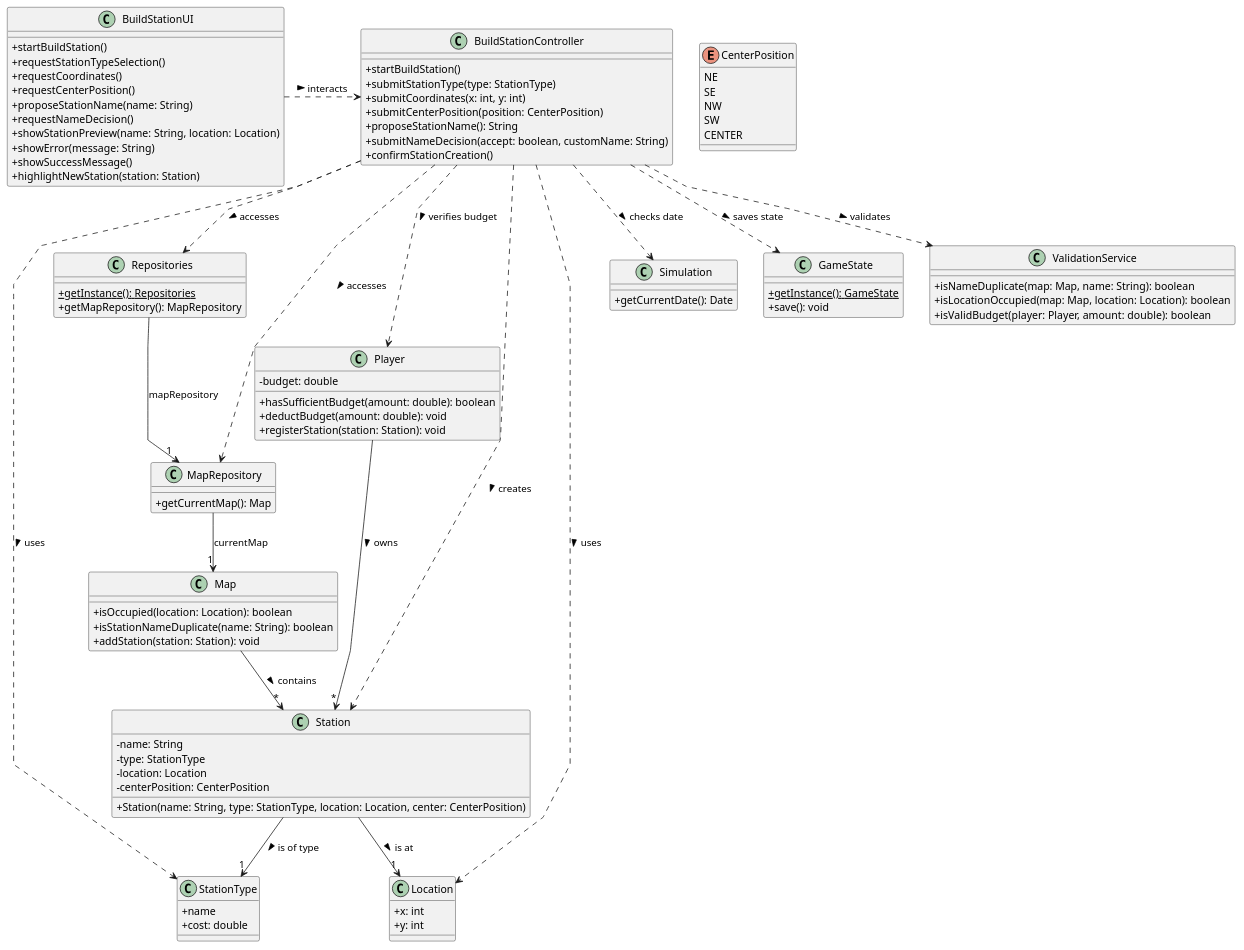
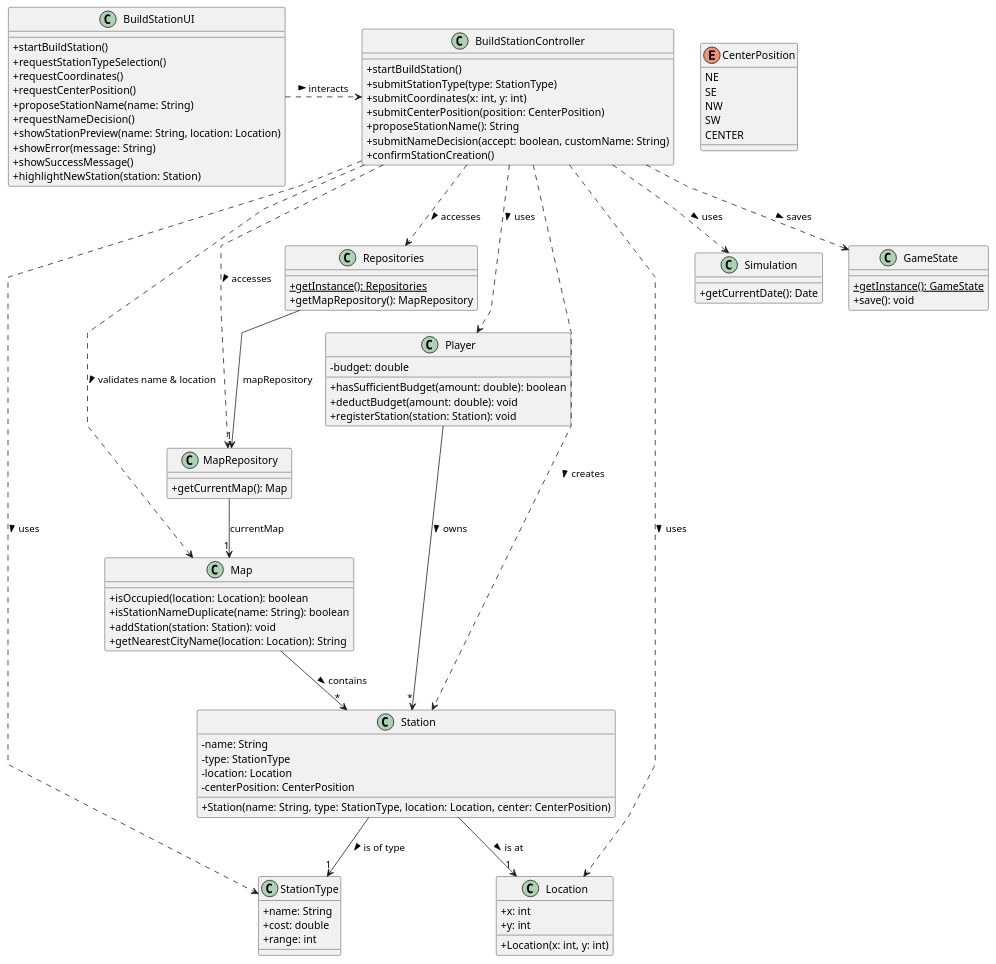
The diagram in docs/system-documentation/US005/03.design/puml/US005-CD.puml (1240826/empire-on-tracks), drawn with PlantUML before and after one commit. The commit also changed 17 other files, not shown here.

```diff
--- a/docs/system-documentation/US005/03.design/puml/US005-CD.puml
+++ b/docs/system-documentation/US005/03.design/puml/US005-CD.puml
@@ -1,113 +1,108 @@
 @startuml
 skinparam packageStyle rectangle
 skinparam shadowing false
 skinparam linetype polyline
 skinparam classAttributeIconSize 0
 
 class "BuildStationController" {
     + startBuildStation()
     + submitStationType(type: StationType)
     + submitCoordinates(x: int, y: int)
     + submitCenterPosition(position: CenterPosition)
     + proposeStationName(): String
     + submitNameDecision(accept: boolean, customName: String)
     + confirmStationCreation()
 }
 
 class "Player" {
     - budget: double
     + hasSufficientBudget(amount: double): boolean
     + deductBudget(amount: double): void
     + registerStation(station: Station): void
 }
 
 class "Station" {
     - name: String
     - type: StationType
     - location: Location
     - centerPosition: CenterPosition
     + Station(name: String, type: StationType, location: Location, center: CenterPosition)
 }
 
 class "StationType" {
-    + name
+    + name: String
     + cost: double
+    + range: int
 }
 
 enum CenterPosition {
     NE
     SE
     NW
     SW
     CENTER
 }
 
 class "Map" {
     + isOccupied(location: Location): boolean
     + isStationNameDuplicate(name: String): boolean
     + addStation(station: Station): void
+    + getNearestCityName(location: Location): String
 }
 
 class "Repositories" {
     + {static} getInstance(): Repositories
     + getMapRepository(): MapRepository
 }
 
 class "MapRepository" {
     + getCurrentMap(): Map
 }
 
 class "BuildStationUI" {
     + startBuildStation()
     + requestStationTypeSelection()
     + requestCoordinates()
     + requestCenterPosition()
     + proposeStationName(name: String)
     + requestNameDecision()
     + showStationPreview(name: String, location: Location)
     + showError(message: String)
     + showSuccessMessage()
     + highlightNewStation(station: Station)
 }
 
 class "Location" {
     + x: int
     + y: int
+    + Location(x: int, y: int)
 }
 
 class "Simulation" {
     + getCurrentDate(): Date
 }
 
 class "GameState" {
     + {static} getInstance(): GameState
     + save(): void
 }
 
-class "ValidationService" {
-    + isNameDuplicate(map: Map, name: String): boolean
-    + isLocationOccupied(map: Map, location: Location): boolean
-    + isValidBudget(player: Player, amount: double): boolean
-}
-
 BuildStationUI .> BuildStationController : interacts >
 BuildStationController ..> Repositories : accesses >
 BuildStationController ..> MapRepository : accesses >
-BuildStationController ..> Player : verifies budget >
+BuildStationController ..> Player : uses >
 BuildStationController ..> Station : creates >
 BuildStationController ..> StationType : uses >
 BuildStationController ..> Location : uses >
-BuildStationController ..> Simulation : checks date >
-BuildStationController ..> GameState : saves state >
-BuildStationController ..> ValidationService : validates >
+BuildStationController ..> Simulation : uses >
+BuildStationController ..> GameState : saves >
+BuildStationController ..> Map : validates name & location >
 
 Repositories --> "1" MapRepository : mapRepository
 MapRepository --> "1" Map : currentMap
 
 Map --> "*" Station : contains >
 Station --> "1" StationType : is of type >
 Station --> "1" Location : is at >
-
 Player --> "*" Station : owns >
-
 @enduml
```
